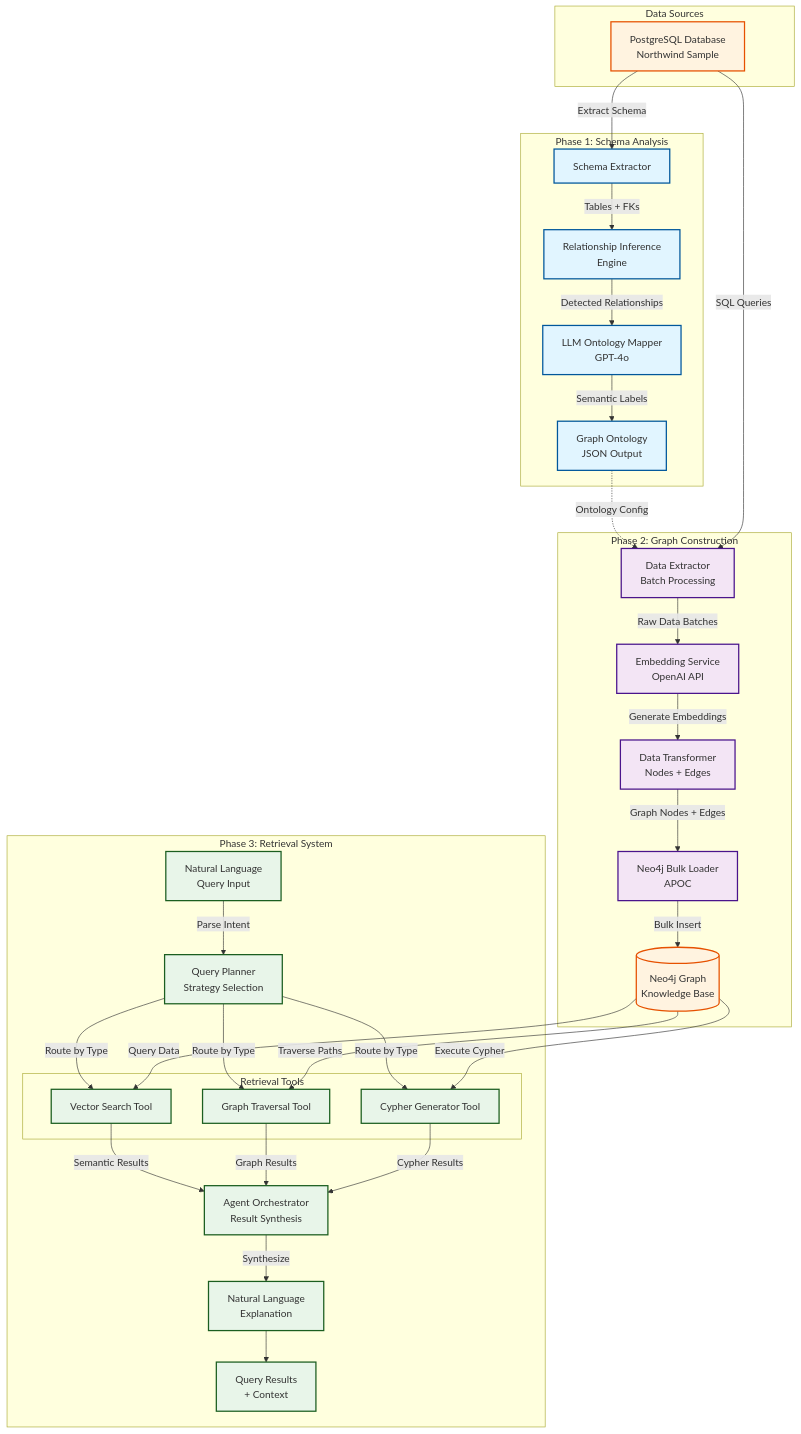
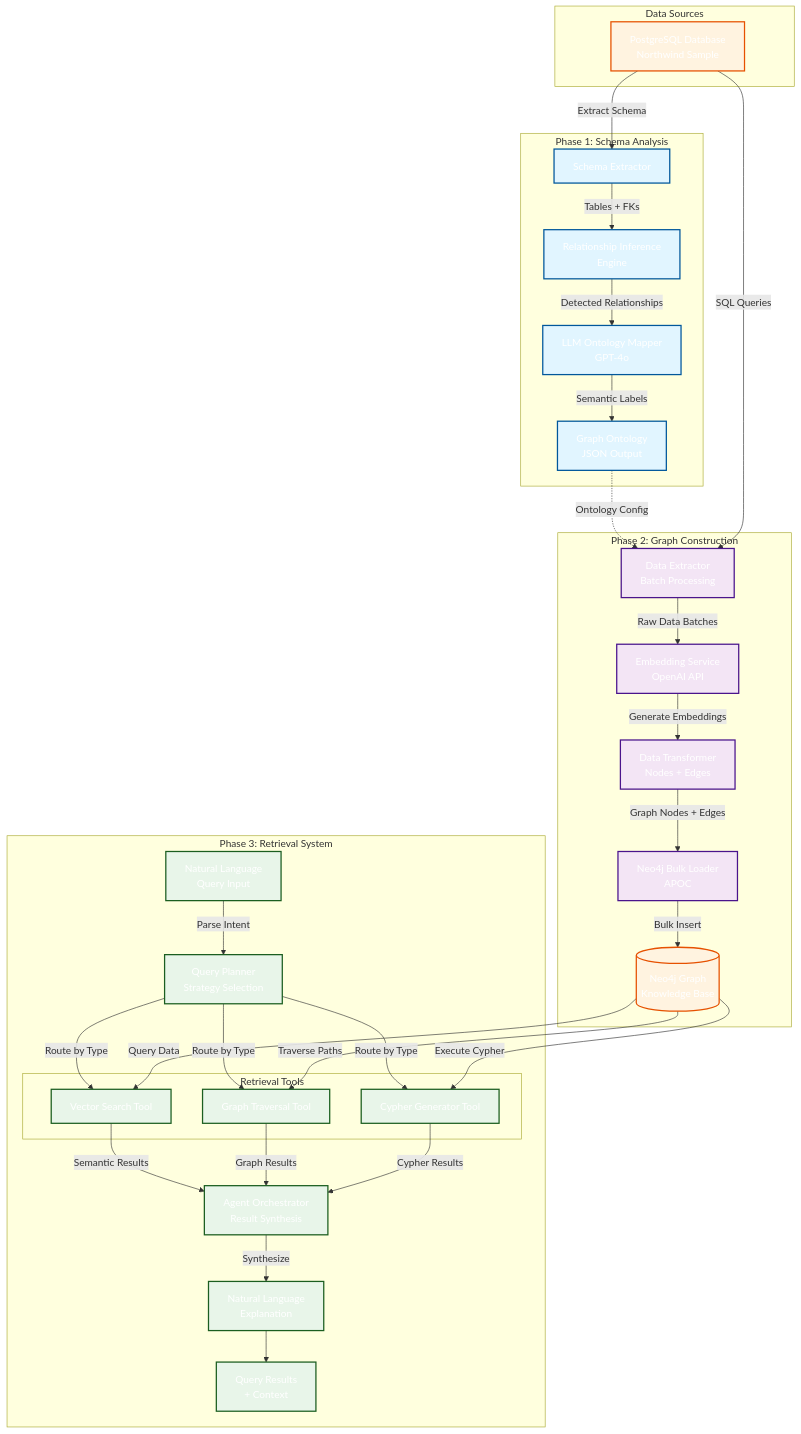
The diagram in README.md (RohitMudili/relational-to-graphrag), drawn with Mermaid before and after one commit. The commit also changed other lines of this file and 2 other files, not shown here.

````diff
--- a/README.md
+++ b/README.md
@@ -131,78 +131,78 @@
 ```mermaid
 graph TB
     subgraph "Data Sources"
         A[PostgreSQL Database<br/>Northwind Sample]
     end
 
     subgraph "Phase 1: Schema Analysis"
         B[Schema Extractor]
         C[Relationship Inference<br/>Engine]
         D[LLM Ontology Mapper<br/>GPT-4o]
         E[Graph Ontology<br/>JSON Output]
     end
 
     subgraph "Phase 2: Graph Construction"
         F[Data Extractor<br/>Batch Processing]
         G[Embedding Service<br/>OpenAI API]
         H[Data Transformer<br/>Nodes + Edges]
         I[Neo4j Bulk Loader<br/>APOC]
         J[(Neo4j Graph<br/>Knowledge Base)]
     end
 
     subgraph "Phase 3: Retrieval System"
         K[Natural Language<br/>Query Input]
         L[Query Planner<br/>Strategy Selection]
 
         subgraph "Retrieval Tools"
             M[Vector Search Tool]
             N[Graph Traversal Tool]
             O[Cypher Generator Tool]
         end
 
         P[Agent Orchestrator<br/>Result Synthesis]
         Q[Natural Language<br/>Explanation]
         R[Query Results<br/>+ Context]
     end
 
     %% Phase 1 Flow
     A -->|Extract Schema| B
     B -->|Tables + FKs| C
     C -->|Detected Relationships| D
     D -->|Semantic Labels| E
     E -.->|Ontology Config| F
 
     %% Phase 2 Flow
     A -->|SQL Queries| F
     F -->|Raw Data Batches| G
     G -->|Generate Embeddings| H
     H -->|Graph Nodes + Edges| I
     I -->|Bulk Insert| J
 
     %% Phase 3 Flow
     K -->|Parse Intent| L
     L -->|Route by Type| M
     L -->|Route by Type| N
     L -->|Route by Type| O
 
     M -->|Semantic Results| P
     N -->|Graph Results| P
     O -->|Cypher Results| P
 
     J -->|Query Data| M
     J -->|Traverse Paths| N
     J -->|Execute Cypher| O
 
     P -->|Synthesize| Q
     Q --> R
 
     %% Styling
-    classDef phase1 fill:#e1f5ff,stroke:#01579b,stroke-width:2px
-    classDef phase2 fill:#f3e5f5,stroke:#4a148c,stroke-width:2px
-    classDef phase3 fill:#e8f5e9,stroke:#1b5e20,stroke-width:2px
-    classDef database fill:#fff3e0,stroke:#e65100,stroke-width:2px
+    classDef phase1 fill:#e1f5ff,stroke:#01579b,stroke-width:2px,color:#fff
+    classDef phase2 fill:#f3e5f5,stroke:#4a148c,stroke-width:2px,color:#fff
+    classDef phase3 fill:#e8f5e9,stroke:#1b5e20,stroke-width:2px,color:#fff
+    classDef database fill:#fff3e0,stroke:#e65100,stroke-width:2px,color:#fff
 
     class B,C,D,E phase1
     class F,G,H,I,J phase2
     class K,L,M,N,O,P,Q,R phase3
     class A,J database
 ```
````
